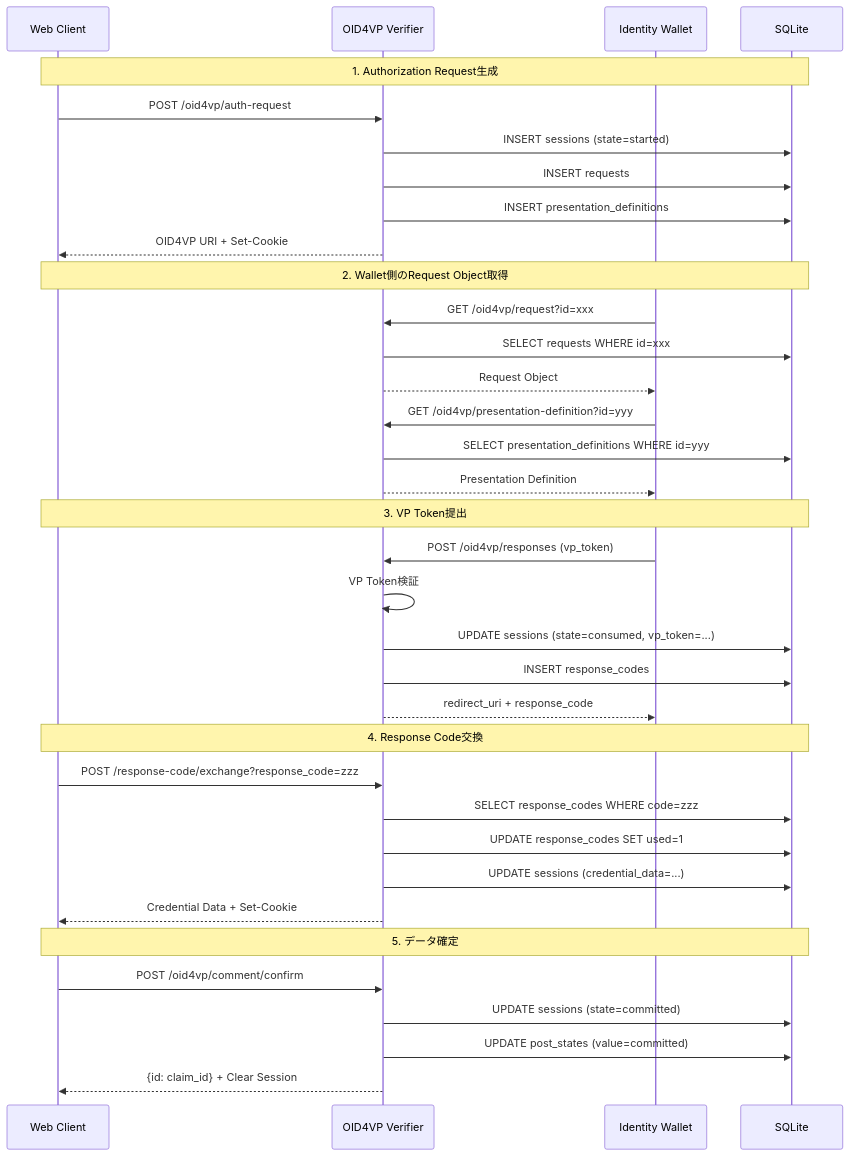
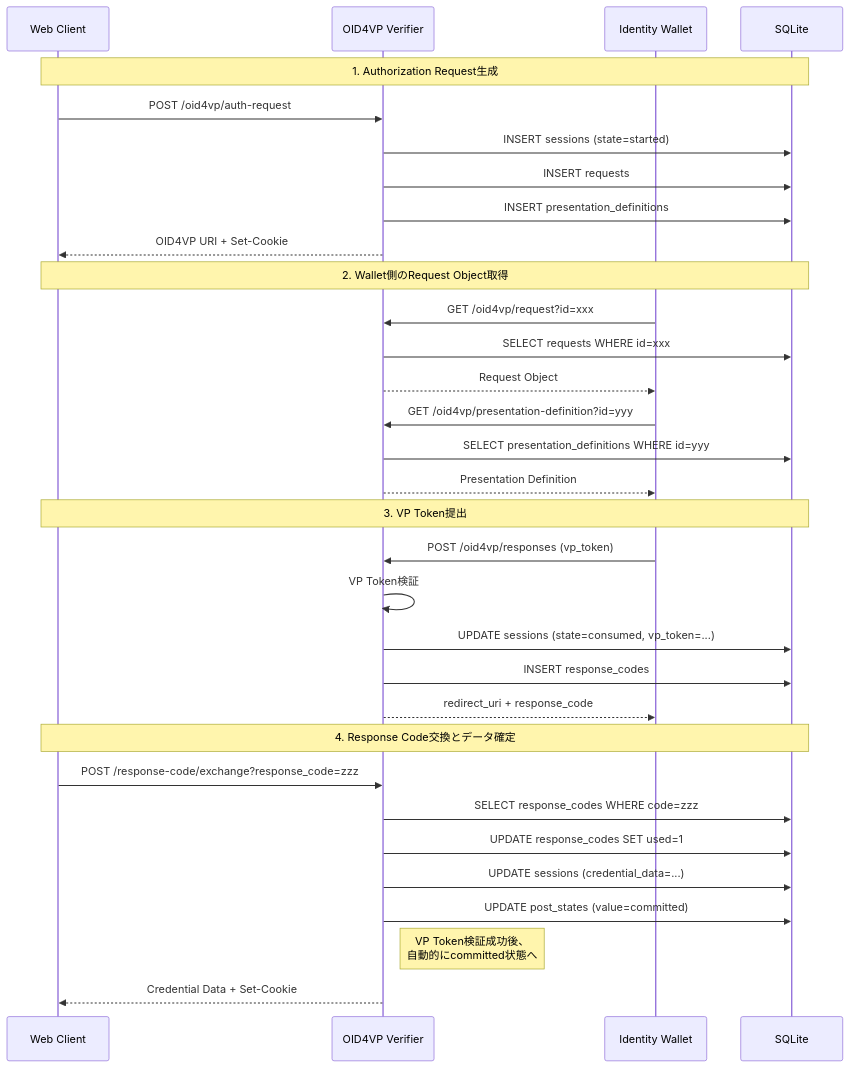
Before and after one commit to OWND-Project/OWND-Project-VP: the diagram in docs/api-specification.md, drawn with Mermaid. The commit also changed other lines of this file and 4 other files, not shown here.

````diff
--- a/docs/api-specification.md
+++ b/docs/api-specification.md
@@ -526,43 +435,39 @@
 ```mermaid
 sequenceDiagram
     participant Client as Web Client
     participant Verifier as OID4VP Verifier
     participant Wallet as Identity Wallet
     participant DB as SQLite
 
     Note over Client,DB: 1. Authorization Request生成
     Client->>Verifier: POST /oid4vp/auth-request
     Verifier->>DB: INSERT sessions (state=started)
     Verifier->>DB: INSERT requests
     Verifier->>DB: INSERT presentation_definitions
     Verifier-->>Client: OID4VP URI + Set-Cookie
 
     Note over Client,DB: 2. Wallet側のRequest Object取得
     Wallet->>Verifier: GET /oid4vp/request?id=xxx
     Verifier->>DB: SELECT requests WHERE id=xxx
     Verifier-->>Wallet: Request Object
 
     Wallet->>Verifier: GET /oid4vp/presentation-definition?id=yyy
     Verifier->>DB: SELECT presentation_definitions WHERE id=yyy
     Verifier-->>Wallet: Presentation Definition
 
     Note over Client,DB: 3. VP Token提出
     Wallet->>Verifier: POST /oid4vp/responses (vp_token)
     Verifier->>Verifier: VP Token検証
     Verifier->>DB: UPDATE sessions (state=consumed, vp_token=...)
     Verifier->>DB: INSERT response_codes
     Verifier-->>Wallet: redirect_uri + response_code
 
-    Note over Client,DB: 4. Response Code交換
+    Note over Client,DB: 4. Response Code交換とデータ確定
     Client->>Verifier: POST /response-code/exchange?response_code=zzz
     Verifier->>DB: SELECT response_codes WHERE code=zzz
     Verifier->>DB: UPDATE response_codes SET used=1
     Verifier->>DB: UPDATE sessions (credential_data=...)
+    Verifier->>DB: UPDATE post_states (value=committed)
+    Note right of Verifier: VP Token検証成功後、<br/>自動的にcommitted状態へ
     Verifier-->>Client: Credential Data + Set-Cookie
-
-    Note over Client,DB: 5. データ確定
-    Client->>Verifier: POST /oid4vp/comment/confirm
-    Verifier->>DB: UPDATE sessions (state=committed)
-    Verifier->>DB: UPDATE post_states (value=committed)
-    Verifier-->>Client: {id: claim_id} + Clear Session
 ```
````
